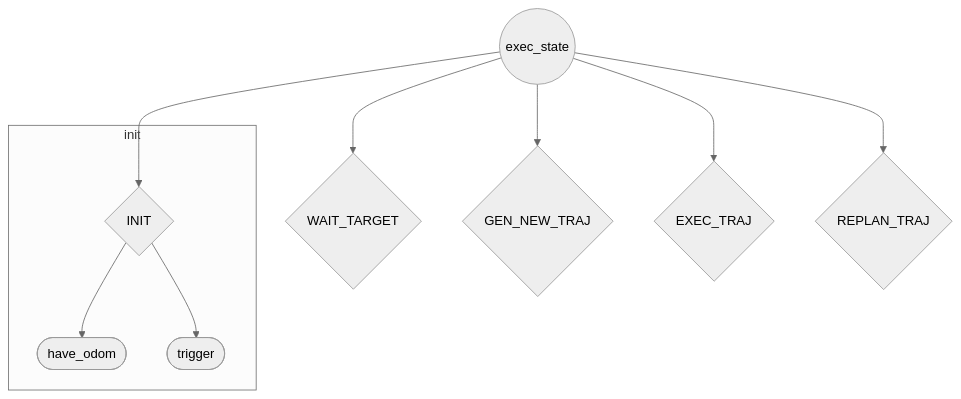
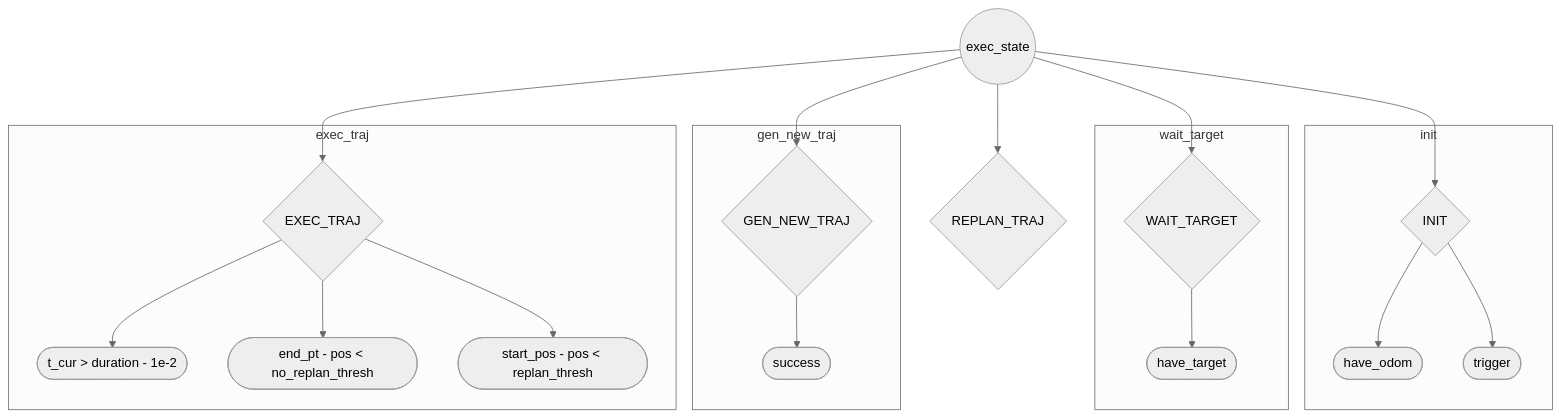
Before and after one commit to Dieptranivsr/drone_extend: the first of 2 diagrams in sp_code/create_table.md, drawn with Mermaid (neutral theme).

````diff
--- a/sp_code/create_table.md
+++ b/sp_code/create_table.md
@@ -1,12 +1,23 @@
 ```mermaid
 flowchart TB
     id1((exec_state)) --> id2{INIT}
     id1 --> id3{WAIT_TARGET}
     id1 --> id4{GEN_NEW_TRAJ}
     id1 --> id5{EXEC_TRAJ}
     id1 --> id6{REPLAN_TRAJ}
     subgraph init
         id2 --> id7([have_odom])
         id2 --> id8([trigger])
     end
+    subgraph wait_target
+        id3 --> id9([have_target])
+    end
+    subgraph gen_new_traj
+        id4 --> id10([success])
+    end
+    subgraph exec_traj
+        id5 --> id11([t_cur > duration - 1e-2])
+        id5 --> id12([end_pt - pos < no_replan_thresh])
+        id5 --> id13([start_pos - pos < replan_thresh])
+    end
 ```
````
